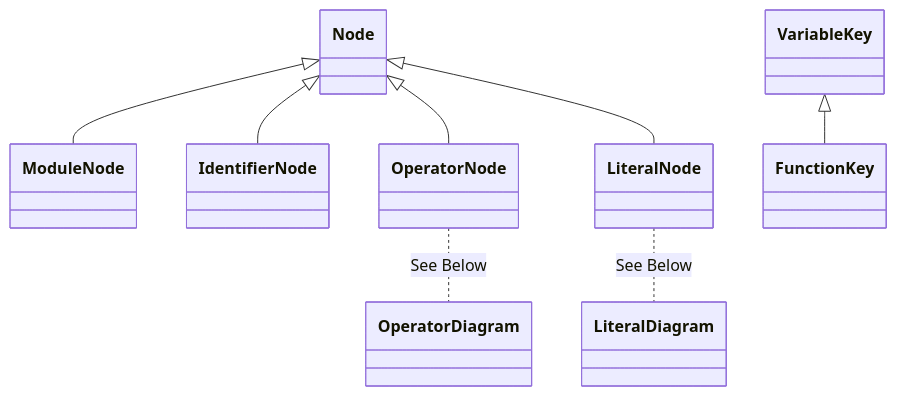
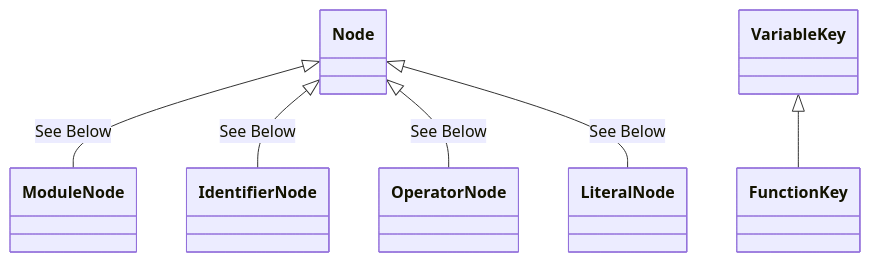
Before and after one commit to Jzhyang1/Monomer: the first of 4 diagrams in README.md, drawn with Mermaid. The commit also changed other lines of this file, not shown here.

Commit message:
README.md updated from https://stackedit.io/

````diff
--- a/README.md
+++ b/README.md
@@ -239,10 +239,8 @@
 ```mermaid
 classDiagram
-Node <|-- ModuleNode
-Node <|-- IdentifierNode
-Node <|-- OperatorNode
-Node <|-- LiteralNode
-OperatorNode .. OperatorDiagram: See Below
-LiteralNode .. LiteralDiagram: See Below
+Node <|-- ModuleNode: See Below
+Node <|-- IdentifierNode: See Below
+Node <|-- OperatorNode: See Below
+Node <|-- LiteralNode: See Below
 VariableKey <|-- FunctionKey
 ```
````
